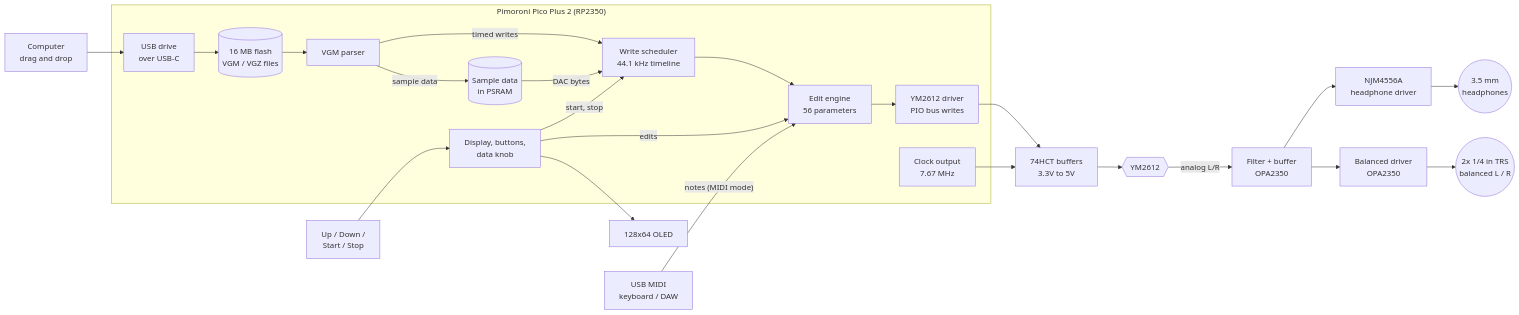
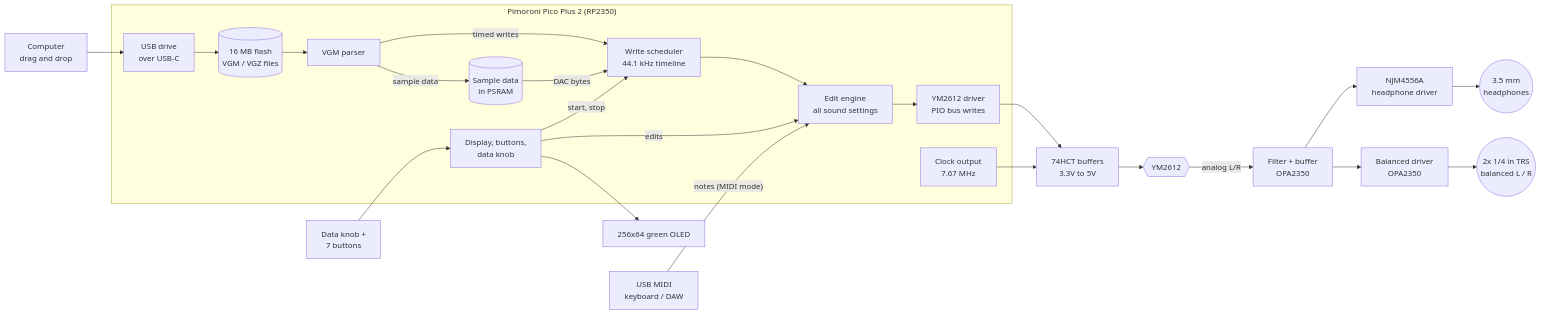
Before and after one commit to ctrlvlts-000/Vintage-Sound-Chip-Player: the diagram in docs/DESIGN.md, drawn with Mermaid. The commit also changed other lines of this file and 1 other file, not shown here.

First line of the commit message:
Switch to a late-80s synth menu panel with a green OLED

````diff
--- a/docs/DESIGN.md
+++ b/docs/DESIGN.md
@@ -196,42 +213,42 @@
 ```mermaid
 flowchart LR
     PC[Computer<br/>drag and drop]
 
     subgraph PICO["Pimoroni Pico Plus 2 (RP2350)"]
         USB[USB drive<br/>over USB-C]
         FLASH[(16 MB flash<br/>VGM / VGZ files)]
         PARSE[VGM parser]
         PCM[(Sample data<br/>in PSRAM)]
         SCHED[Write scheduler<br/>44.1 kHz timeline]
         DRV[YM2612 driver<br/>PIO bus writes]
         CLKGEN[Clock output<br/>7.67 MHz]
         UI[Display, buttons,<br/>data knob]
-        SYN[Edit engine<br/>56 parameters]
+        SYN[Edit engine<br/>all sound settings]
     end
 
     BUF[74HCT buffers<br/>3.3V to 5V]
     YM{{YM2612}}
     FILT[Filter + buffer<br/>OPA2350]
     AMP[NJM4556A<br/>headphone driver]
     JACK((3.5 mm<br/>headphones))
     BAL[Balanced driver<br/>OPA2350]
     TRS((2x 1/4 in TRS<br/>balanced L / R))
-    OLED[128x64 OLED]
-    BTN[Up / Down /<br/>Start / Stop]
+    OLED[256x64 green OLED]
+    BTN[Data knob +<br/>7 buttons]
     MIDI[USB MIDI<br/>keyboard / DAW]
 
     PC --> USB --> FLASH --> PARSE
     PARSE -- "sample data" --> PCM
     PARSE -- "timed writes" --> SCHED
     PCM -- "DAC bytes" --> SCHED
     SCHED --> SYN --> DRV --> BUF --> YM
     UI -- "edits" --> SYN
     CLKGEN --> BUF
     YM -- "analog L/R" --> FILT
     FILT --> AMP --> JACK
     FILT --> BAL --> TRS
     BTN --> UI
     UI --> OLED
     UI -- "start, stop" --> SCHED
     MIDI -- "notes (MIDI mode)" --> SYN
 ```
````
